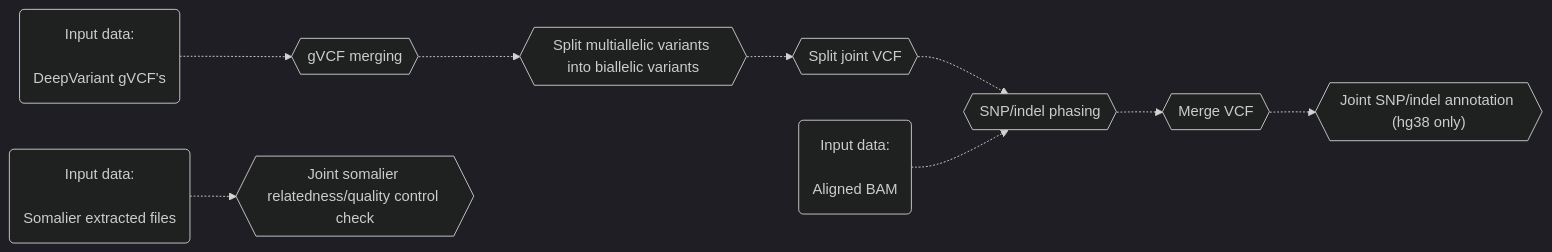
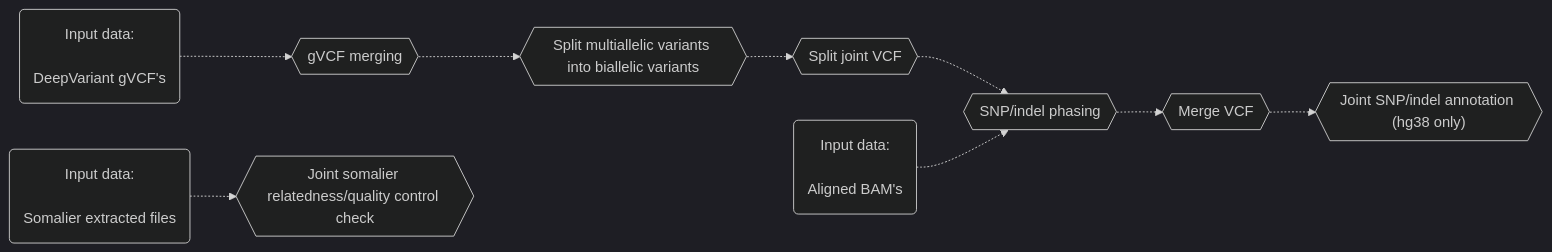
One commit to leahkemp/pipeface changed the diagram in docs/popface/info.md. Above: the diagram before and after it, drawn with Mermaid.

Commit message:
update popface mermaid

````diff
--- a/docs/popface/info.md
+++ b/docs/popface/info.md
@@ -5,21 +5,21 @@
 ```mermaid
 %%{init: {'theme':'dark'}}%%
 flowchart LR
 
 input_gvcf("Input data: <br><br> DeepVariant gVCF's")
-input_bam("Input data: <br><br> Aligned BAM")
+input_bam("Input data: <br><br> Aligned BAM's")
 gvcf_merging{{"gVCF merging"}}
 joint_split_multiallele{{"Split multiallelic variants into biallelic variants"}}
 split_vcf{{"Split joint VCF"}}
 snp_indel_phasing{{"SNP/indel phasing"}}
 merge_vcf{{"Merge VCF"}}
 joint_snp_indel_annotation{{"Joint SNP/indel annotation (hg38 only)"}}
 
 input_somalier("Input data: <br><br> Somalier extracted files")
 joint_somalier{{"Joint somalier relatedness/quality control check"}}
 
 input_gvcf-.->gvcf_merging-.->joint_split_multiallele-.->split_vcf-.->snp_indel_phasing-.->merge_vcf-.->joint_snp_indel_annotation
 input_bam-.->snp_indel_phasing
 input_somalier-.->joint_somalier
 
 ```
````
